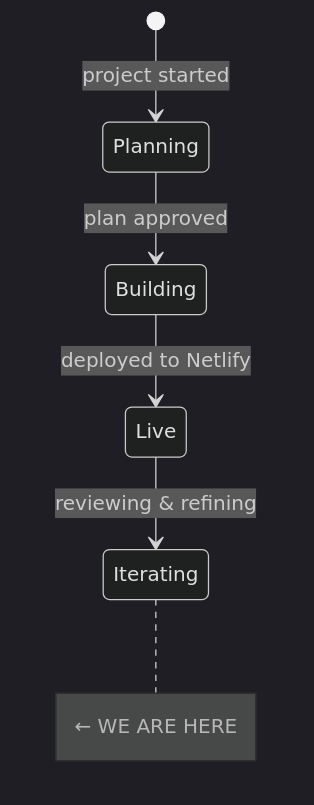
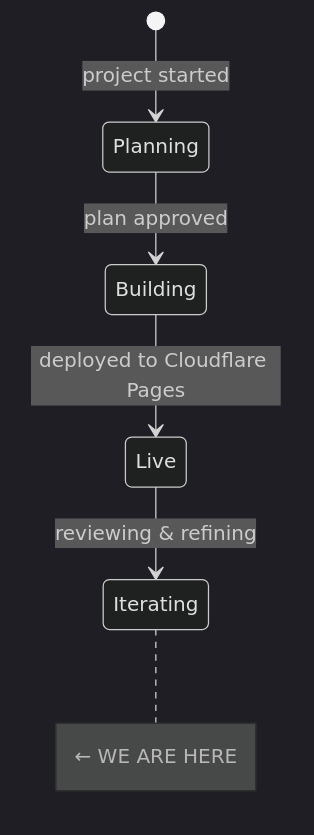
Before and after one commit to dataforaction-tom/thegoodship: the diagram in STATE.md, drawn with Mermaid (dark theme). The commit also changed other lines of this file and 2 other files, not shown here.

````diff
--- a/STATE.md
+++ b/STATE.md
@@ -7,9 +8,9 @@
 ```mermaid
 stateDiagram-v2
     [*] --> Planning: project started
     Planning --> Building: plan approved
-    Building --> Live: deployed to Netlify
+    Building --> Live: deployed to Cloudflare Pages
     Live --> Iterating: reviewing & refining
 
     note right of Iterating: ← WE ARE HERE
 ```
````
